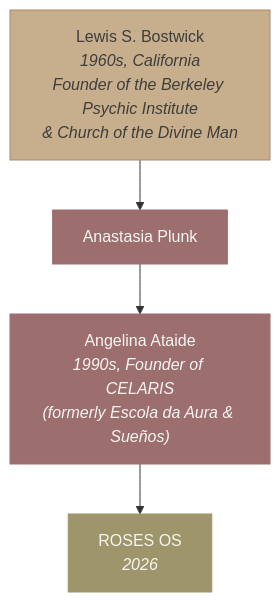
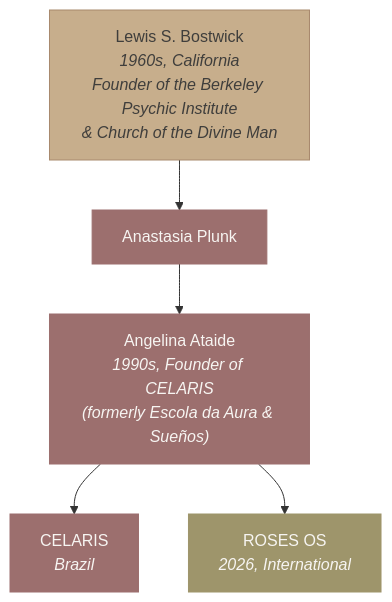
The third of 28 diagrams in docs/brand/brand-dna.md (Light-Brands/roses-os), drawn with Mermaid before and after one commit. The commit also changed other lines of this file and 6 other files, not shown here.

````diff
--- a/docs/brand/brand-dna.md
+++ b/docs/brand/brand-dna.md
@@ -142,11 +142,13 @@
 ```mermaid
 graph TD
     LB["Lewis S. Bostwick<br/><i>1960s, California<br/>Founder of the Berkeley Psychic Institute<br/>& Church of the Divine Man</i>"] --> AP["Anastasia Plunk"]
     AP --> AA["Angelina Ataide<br/><i>1990s, Founder of CELARIS<br/>(formerly Escola da Aura & Sueños)</i>"]
-    AA --> ROS["ROSES OS<br/><i>2026</i>"]
+    AA --> CEL["CELARIS<br/><i>Brazil</i>"]
+    AA --> ROS["ROSES OS<br/><i>2026, International</i>"]
 
     style LB fill:#C7AE8C,color:#3F3E3C,stroke:#A8896D
     style AP fill:#9C6F6E,color:#F7F5F2,stroke:#9C6F6E
     style AA fill:#9C6F6E,color:#F7F5F2,stroke:#9C6F6E
+    style CEL fill:#9C6F6E,color:#F7F5F2,stroke:#9C6F6E
     style ROS fill:#9E956B,color:#F7F5F2,stroke:#9E956B
 ```
````
